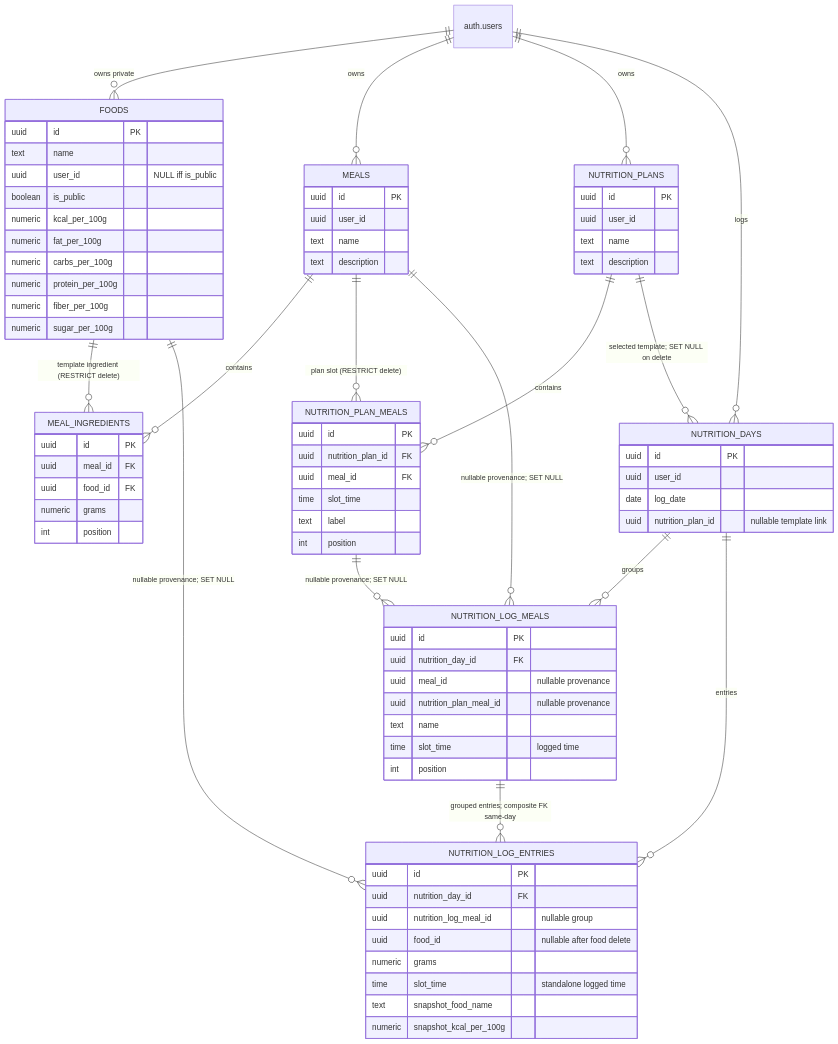
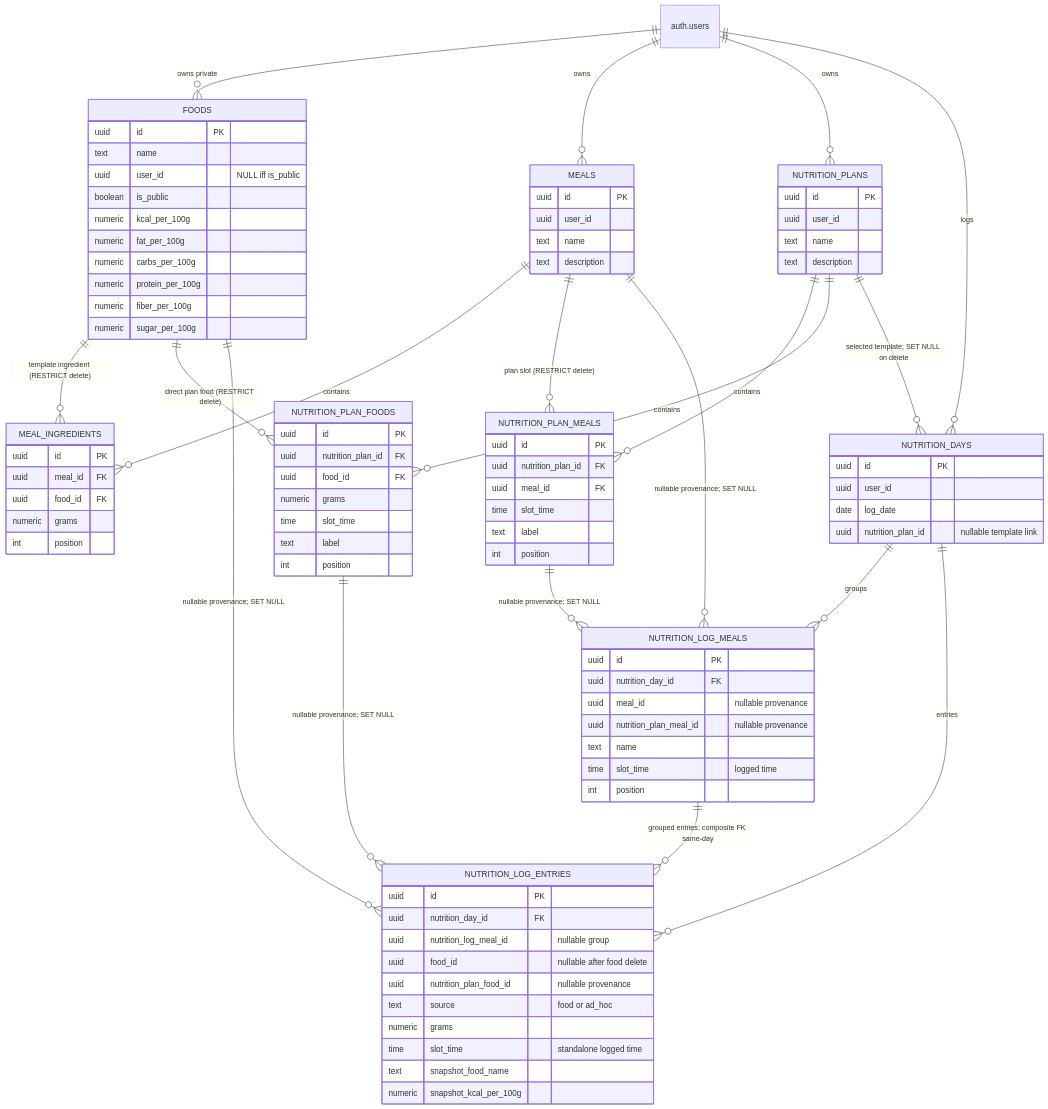
One commit to dbarrosop/neogym changed the fourth of 4 diagrams in docs/developers/database.md. Above: the diagram before and after it, drawn with Mermaid. The commit also changed other lines of this file and 70 other files, not shown here.

````diff
--- a/docs/developers/database.md
+++ b/docs/developers/database.md
@@ -168,41 +170,45 @@
 ```mermaid
 erDiagram
     USERS["auth.users"]
 
     FOODS {
         uuid id PK
         text name
         uuid user_id "NULL iff is_public"
         boolean is_public
         numeric kcal_per_100g
         numeric fat_per_100g
         numeric carbs_per_100g
         numeric protein_per_100g
         numeric fiber_per_100g
         numeric sugar_per_100g
     }
 
     MEALS { uuid id PK uuid user_id text name text description }
     MEAL_INGREDIENTS { uuid id PK uuid meal_id FK uuid food_id FK numeric grams int position }
     NUTRITION_PLANS { uuid id PK uuid user_id text name text description }
     NUTRITION_PLAN_MEALS { uuid id PK uuid nutrition_plan_id FK uuid meal_id FK time slot_time text label int position }
+    NUTRITION_PLAN_FOODS { uuid id PK uuid nutrition_plan_id FK uuid food_id FK numeric grams time slot_time text label int position }
     NUTRITION_DAYS { uuid id PK uuid user_id date log_date uuid nutrition_plan_id "nullable template link" }
     NUTRITION_LOG_MEALS { uuid id PK uuid nutrition_day_id FK uuid meal_id "nullable provenance" uuid nutrition_plan_meal_id "nullable provenance" text name time slot_time "logged time" int position }
-    NUTRITION_LOG_ENTRIES { uuid id PK uuid nutrition_day_id FK uuid nutrition_log_meal_id "nullable group" uuid food_id "nullable after food delete" numeric grams time slot_time "standalone logged time" text snapshot_food_name numeric snapshot_kcal_per_100g }
+    NUTRITION_LOG_ENTRIES { uuid id PK uuid nutrition_day_id FK uuid nutrition_log_meal_id "nullable group" uuid food_id "nullable after food delete" uuid nutrition_plan_food_id "nullable provenance" text source "food or ad_hoc" numeric grams time slot_time "standalone logged time" text snapshot_food_name numeric snapshot_kcal_per_100g }
 
     USERS ||--o{ FOODS : "owns private"
     USERS ||--o{ MEALS : owns
     USERS ||--o{ NUTRITION_PLANS : owns
     USERS ||--o{ NUTRITION_DAYS : logs
     FOODS ||--o{ MEAL_INGREDIENTS : "template ingredient (RESTRICT delete)"
     MEALS ||--o{ MEAL_INGREDIENTS : contains
     MEALS ||--o{ NUTRITION_PLAN_MEALS : "plan slot (RESTRICT delete)"
     NUTRITION_PLANS ||--o{ NUTRITION_PLAN_MEALS : contains
+    NUTRITION_PLANS ||--o{ NUTRITION_PLAN_FOODS : contains
+    FOODS ||--o{ NUTRITION_PLAN_FOODS : "direct plan food (RESTRICT delete)"
     NUTRITION_PLANS ||--o{ NUTRITION_DAYS : "selected template; SET NULL on delete"
     NUTRITION_DAYS ||--o{ NUTRITION_LOG_MEALS : groups
     NUTRITION_DAYS ||--o{ NUTRITION_LOG_ENTRIES : entries
     NUTRITION_LOG_MEALS ||--o{ NUTRITION_LOG_ENTRIES : "grouped entries; composite FK same-day"
     MEALS ||--o{ NUTRITION_LOG_MEALS : "nullable provenance; SET NULL"
     NUTRITION_PLAN_MEALS ||--o{ NUTRITION_LOG_MEALS : "nullable provenance; SET NULL"
     FOODS ||--o{ NUTRITION_LOG_ENTRIES : "nullable provenance; SET NULL"
+    NUTRITION_PLAN_FOODS ||--o{ NUTRITION_LOG_ENTRIES : "nullable provenance; SET NULL"
 ```
````
